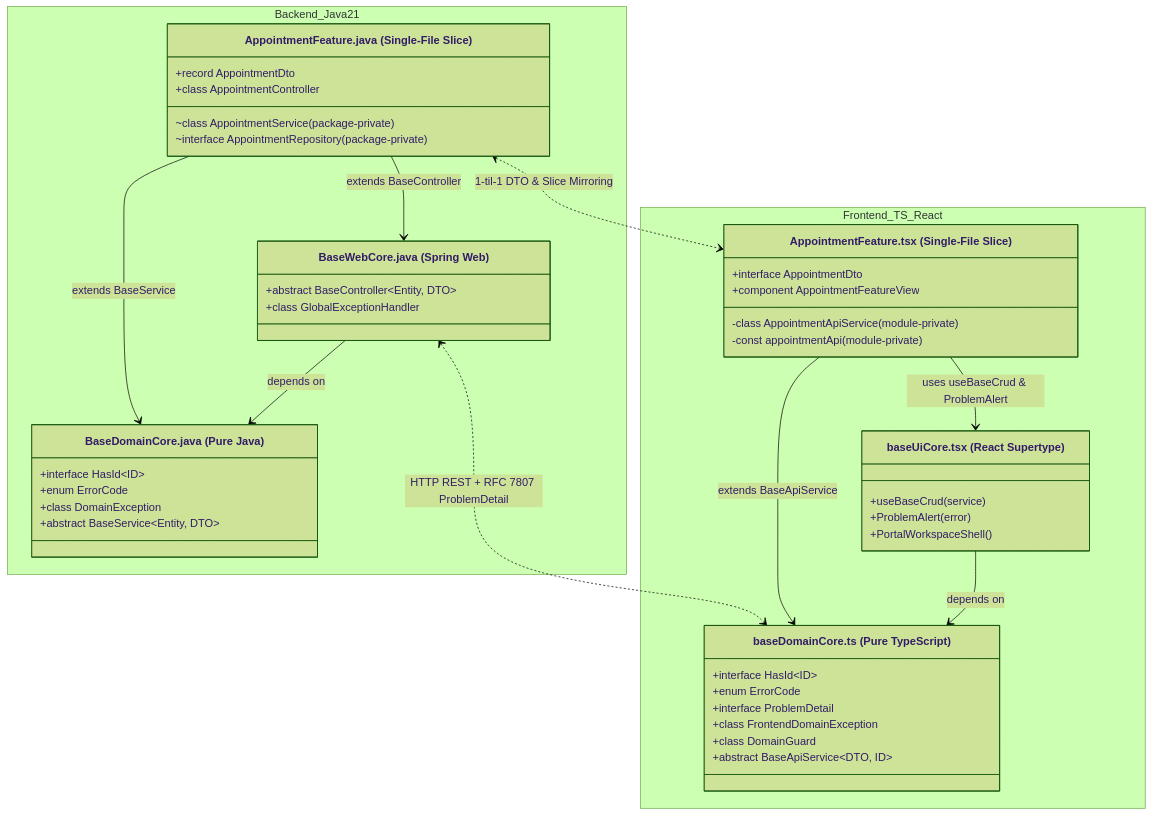
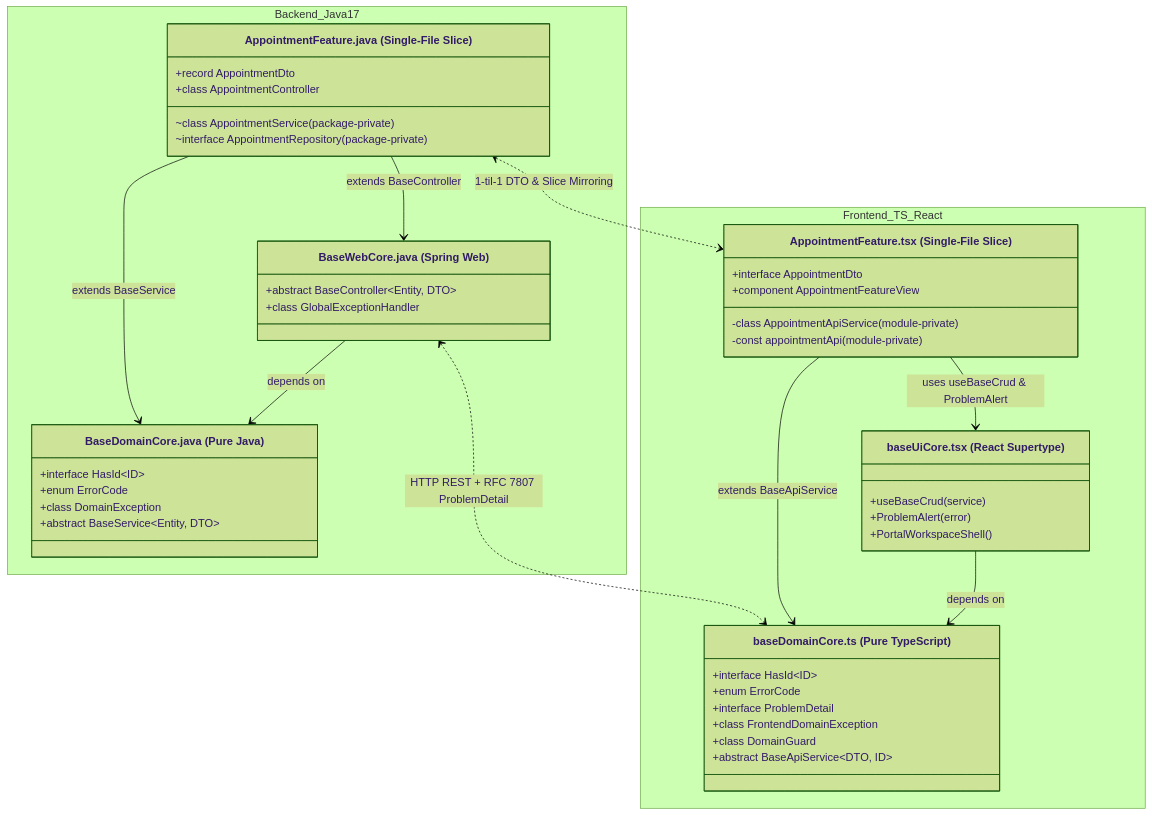
One commit to 7-3-N-3-7/api changed the eighth of 24 diagrams in HOVEDOPGAVE_DIAGRAMMER.md. Above: the diagram before and after it, drawn with Mermaid (forest theme). The commit also changed other lines of this file and 53 other files, not shown here.

Commit message:
fix(thesis): ret fejl fra rapport-audit, synkroniser diagrammer og opdater overleaf-export

````diff
--- a/HOVEDOPGAVE_DIAGRAMMER.md
+++ b/HOVEDOPGAVE_DIAGRAMMER.md
@@ -441,56 +441,56 @@
 ```mermaid
 classDiagram
     direction TB
 
-    namespace Backend_Java21 {
+    namespace Backend_Java17 {
         class BaseDomainCore_Java["BaseDomainCore.java (Pure Java)"] {
             +interface HasId~ID~
             +enum ErrorCode
             +class DomainException
             +abstract BaseService~Entity, DTO~
         }
         class BaseWebCore_Java["BaseWebCore.java (Spring Web)"] {
             +abstract BaseController~Entity, DTO~
             +class GlobalExceptionHandler
         }
         class AppointmentFeature_Java["AppointmentFeature.java (Single-File Slice)"] {
             +record AppointmentDto
             +class AppointmentController
             ~class AppointmentService (package-private)
             ~interface AppointmentRepository (package-private)
         }
     }
 
     namespace Frontend_TS_React {
         class baseDomainCore_TS["baseDomainCore.ts (Pure TypeScript)"] {
             +interface HasId~ID~
             +enum ErrorCode
             +interface ProblemDetail
             +class FrontendDomainException
             +class DomainGuard
             +abstract BaseApiService~DTO, ID~
         }
         class baseUiCore_TSX["baseUiCore.tsx (React Supertype)"] {
             +useBaseCrud(service)
             +ProblemAlert(error)
             +PortalWorkspaceShell()
         }
         class AppointmentFeature_TSX["AppointmentFeature.tsx (Single-File Slice)"] {
             +interface AppointmentDto
             +component AppointmentFeatureView
             -class AppointmentApiService (module-private)
             -const appointmentApi (module-private)
         }
     }
 
     BaseWebCore_Java --> BaseDomainCore_Java : depends on
     AppointmentFeature_Java --> BaseDomainCore_Java : extends BaseService
     AppointmentFeature_Java --> BaseWebCore_Java : extends BaseController
 
     baseUiCore_TSX --> baseDomainCore_TS : depends on
     AppointmentFeature_TSX --> baseDomainCore_TS : extends BaseApiService
     AppointmentFeature_TSX --> baseUiCore_TSX : uses useBaseCrud & ProblemAlert
 
     BaseWebCore_Java <..> baseDomainCore_TS : HTTP REST + RFC 7807 ProblemDetail
     AppointmentFeature_Java <..> AppointmentFeature_TSX : 1-til-1 DTO & Slice Mirroring
 ```
````
